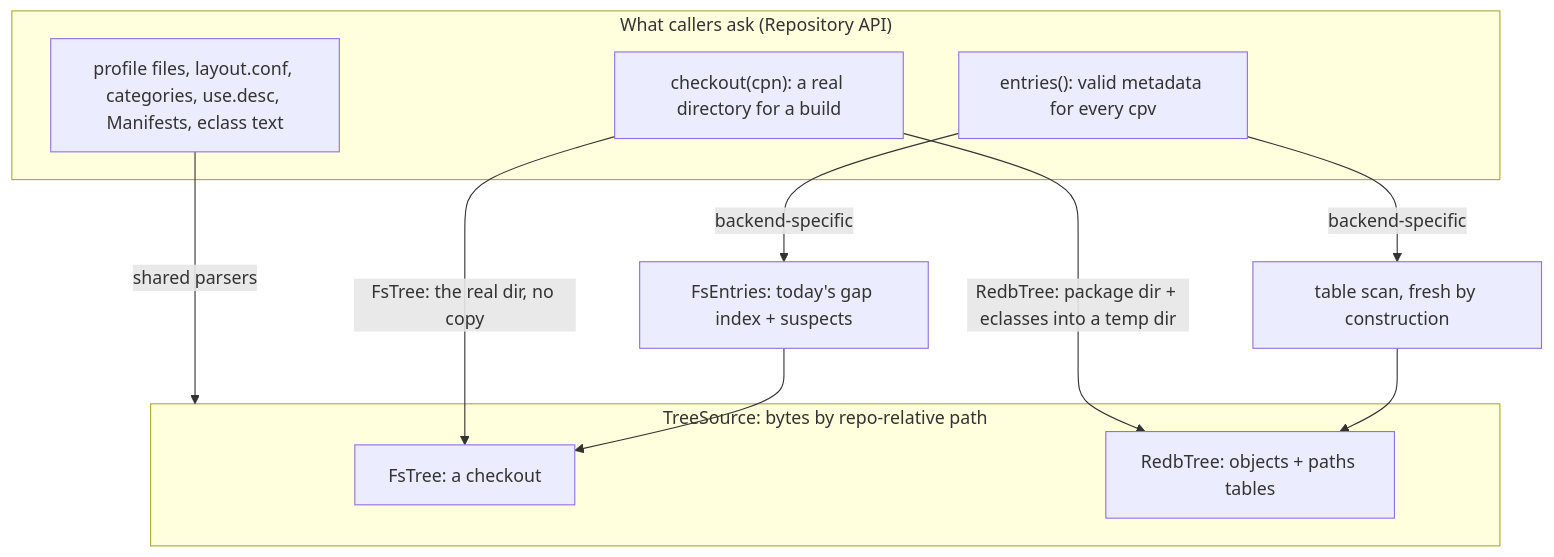
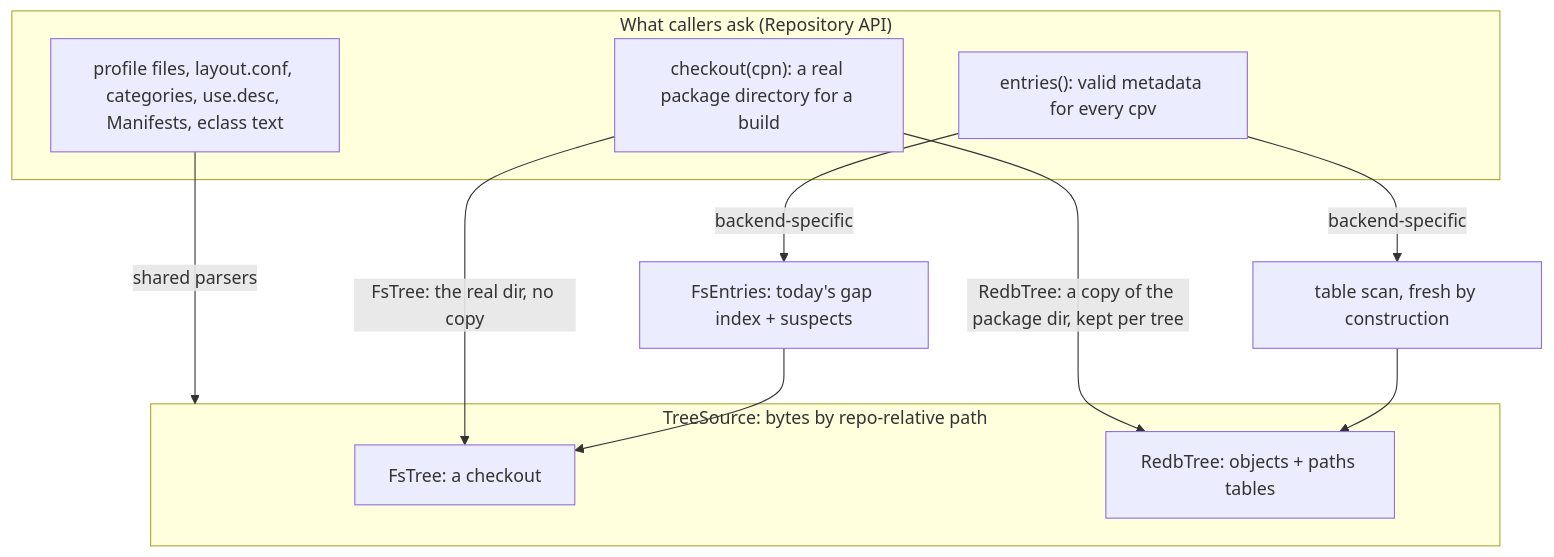
The second of 6 diagrams in docs/design/tree-storage.md (lu-zero/portage-cli), drawn with Mermaid before and after one commit. The commit also changed other lines of this file and 10 other files, not shown here.

First line of the commit message:
feat(cli): builds open their repository by location and copy only the package directory

````diff
--- a/docs/design/tree-storage.md
+++ b/docs/design/tree-storage.md
@@ -56,19 +56,19 @@
 ```mermaid
 flowchart TB
   subgraph intent["What callers ask (Repository API)"]
     ent["entries(): valid metadata for every cpv"]
     files["profile files, layout.conf, categories, use.desc, Manifests, eclass text"]
-    mat["checkout(cpn): a real directory for a build"]
+    mat["checkout(cpn): a real package directory for a build"]
   end
   subgraph tree["TreeSource: bytes by repo-relative path"]
     fs["FsTree: a checkout"]
     db["RedbTree: objects + paths tables"]
   end
   ent -->|"backend-specific"| fsent["FsEntries: today's gap index + suspects"]
   ent -->|"backend-specific"| dbent["table scan, fresh by construction"]
   fsent --> fs
   dbent --> db
   files -->|"shared parsers"| tree
   mat -->|"FsTree: the real dir, no copy"| fs
-  mat -->|"RedbTree: package dir + eclasses into a temp dir"| db
+  mat -->|"RedbTree: a copy of the package dir, kept per tree"| db
 ```
````
